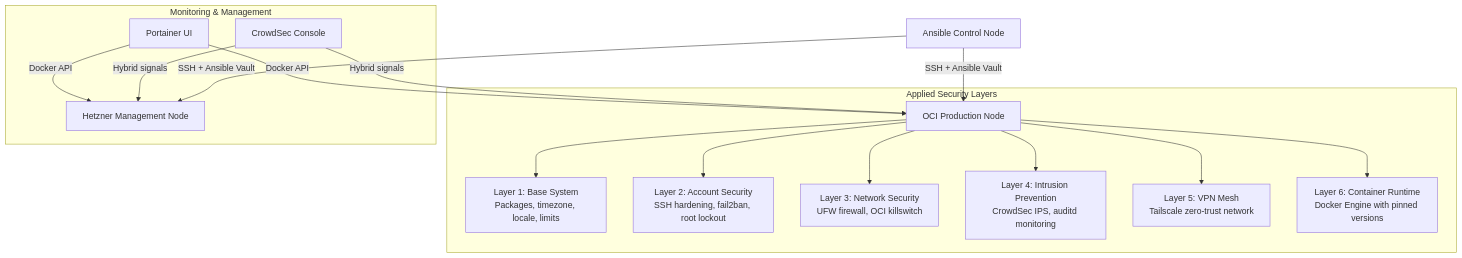
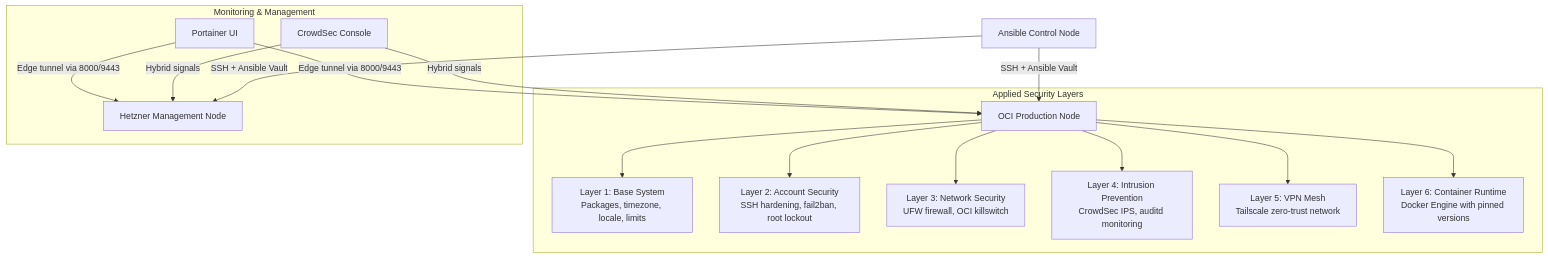
One commit to Miguel-DevOps/nist-hardening-suite changed the diagram in ARCHITECTURE.md. Above: the diagram before and after it, drawn with Mermaid. The commit also changed other lines of this file and 5 other files, not shown here.

````diff
--- a/ARCHITECTURE.md
+++ b/ARCHITECTURE.md
@@ -17,21 +17,21 @@
 ```mermaid
 graph TB
     Ansible[Ansible Control Node] -->|SSH + Ansible Vault| OCI[OCI Production Node]
     Ansible -->|SSH + Ansible Vault| Hetzner[Hetzner Management Node]
     
     subgraph "Applied Security Layers"
         OCI --> L1["Layer 1: Base System<br/>Packages, timezone, locale, limits"]
         OCI --> L2["Layer 2: Account Security<br/>SSH hardening, fail2ban, root lockout"]
         OCI --> L3["Layer 3: Network Security<br/>UFW firewall, OCI killswitch"]
         OCI --> L4["Layer 4: Intrusion Prevention<br/>CrowdSec IPS, auditd monitoring"]
         OCI --> L5["Layer 5: VPN Mesh<br/>Tailscale zero‑trust network"]
         OCI --> L6["Layer 6: Container Runtime<br/>Docker Engine with pinned versions"]
     end
     
     subgraph "Monitoring & Management"
         CrowdSec[CrowdSec Console] -->|Hybrid signals| OCI
         CrowdSec -->|Hybrid signals| Hetzner
-        Portainer[Portainer UI] -->|Docker API| OCI
-        Portainer -->|Docker API| Hetzner
+        Portainer[Portainer UI] -->|Edge tunnel via 8000/9443| OCI
+        Portainer -->|Edge tunnel via 8000/9443| Hetzner
     end
 ```
````
